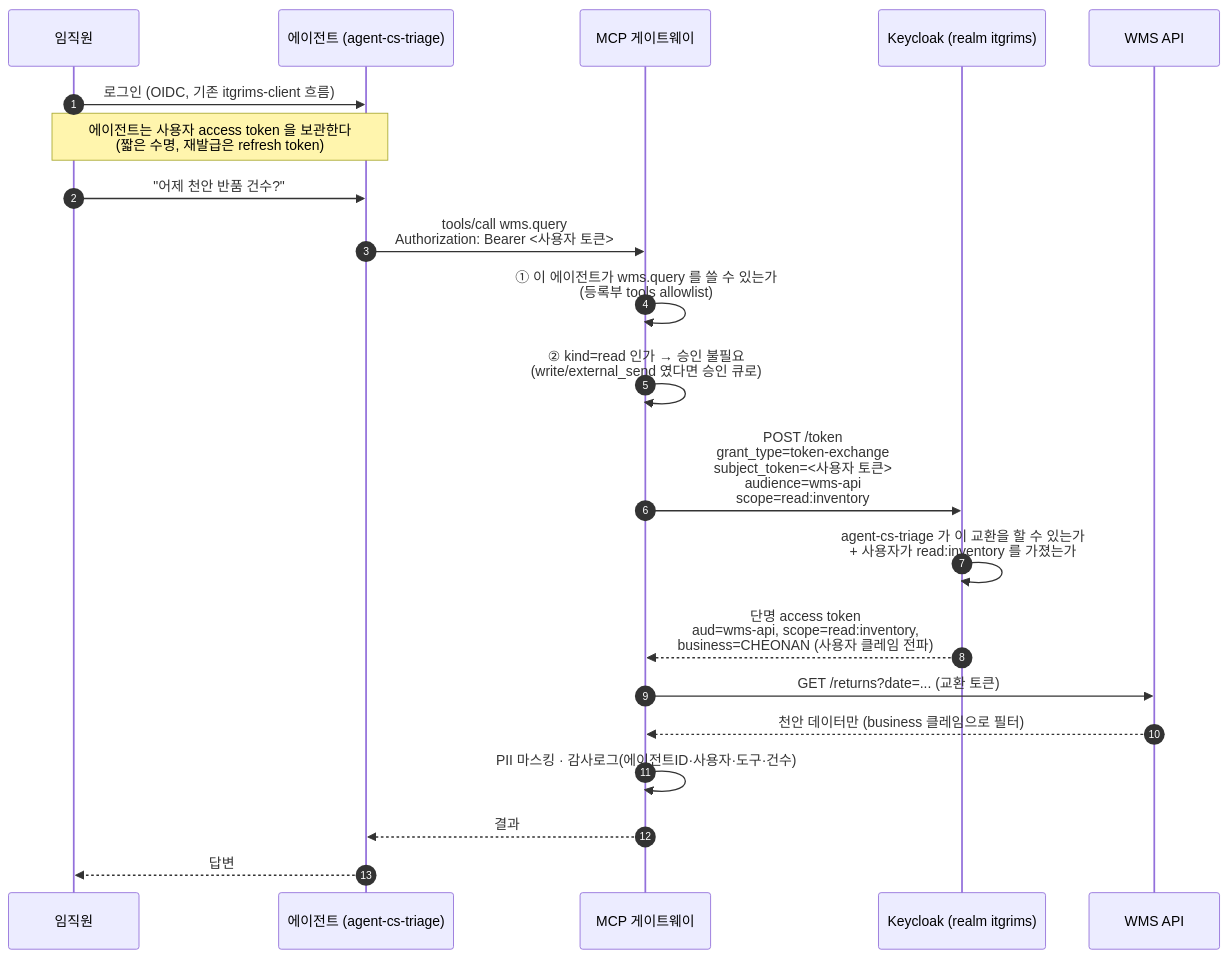
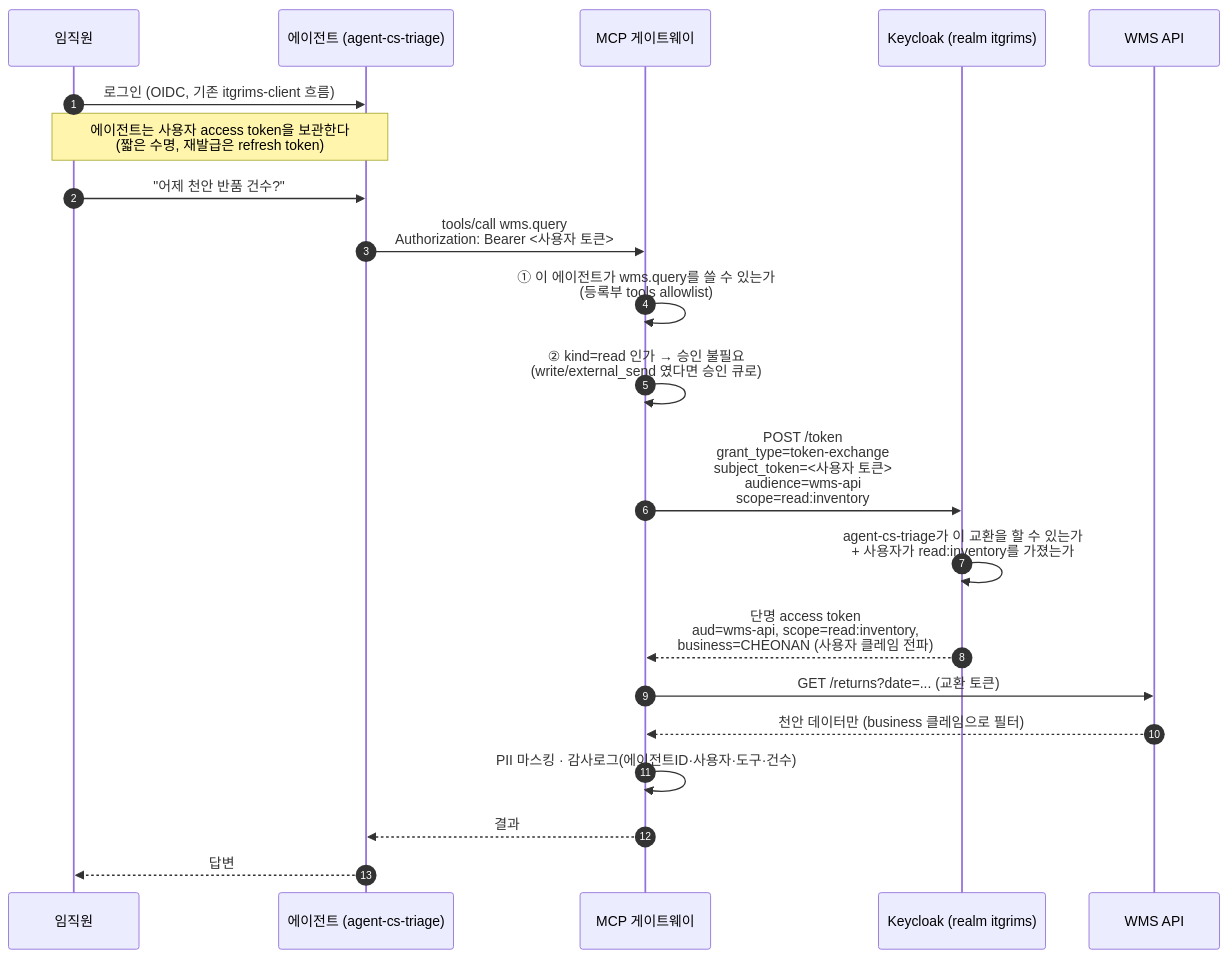
One commit to cyrano2011/pma-web changed the diagram in agent-platform/reference/keycloak-agent-identity.md. Above: the diagram before and after it, drawn with Mermaid. The commit also changed other lines of this file and 9 other files, not shown here.

````diff
--- a/agent-platform/reference/keycloak-agent-identity.md
+++ b/agent-platform/reference/keycloak-agent-identity.md
@@ -47,28 +47,28 @@
 ```mermaid
 sequenceDiagram
     autonumber
     participant U as 임직원
     participant A as 에이전트 (agent-cs-triage)
     participant GW as MCP 게이트웨이
     participant KC as Keycloak (realm itgrims)
     participant API as WMS API
 
     U->>A: 로그인 (OIDC, 기존 itgrims-client 흐름)
-    Note over U,A: 에이전트는 사용자 access token 을 보관한다<br/>(짧은 수명, 재발급은 refresh token)
+    Note over U,A: 에이전트는 사용자 access token을 보관한다<br/>(짧은 수명, 재발급은 refresh token)
 
     U->>A: "어제 천안 반품 건수?"
     A->>GW: tools/call wms.query<br/>Authorization: Bearer <사용자 토큰>
 
-    GW->>GW: ① 이 에이전트가 wms.query 를 쓸 수 있는가<br/>(등록부 tools allowlist)
+    GW->>GW: ① 이 에이전트가 wms.query를 쓸 수 있는가<br/>(등록부 tools allowlist)
     GW->>GW: ② kind=read 인가 → 승인 불필요<br/>(write/external_send 였다면 승인 큐로)
 
     GW->>KC: POST /token<br/>grant_type=token-exchange<br/>subject_token=<사용자 토큰><br/>audience=wms-api<br/>scope=read:inventory
-    KC->>KC: agent-cs-triage 가 이 교환을 할 수 있는가<br/>+ 사용자가 read:inventory 를 가졌는가
+    KC->>KC: agent-cs-triage가 이 교환을 할 수 있는가<br/>+ 사용자가 read:inventory를 가졌는가
     KC-->>GW: 단명 access token<br/>aud=wms-api, scope=read:inventory,<br/>business=CHEONAN (사용자 클레임 전파)
 
     GW->>API: GET /returns?date=... (교환 토큰)
     API-->>GW: 천안 데이터만 (business 클레임으로 필터)
     GW->>GW: PII 마스킹 · 감사로그(에이전트ID·사용자·도구·건수)
     GW-->>A: 결과
     A-->>U: 답변
 ```
````
